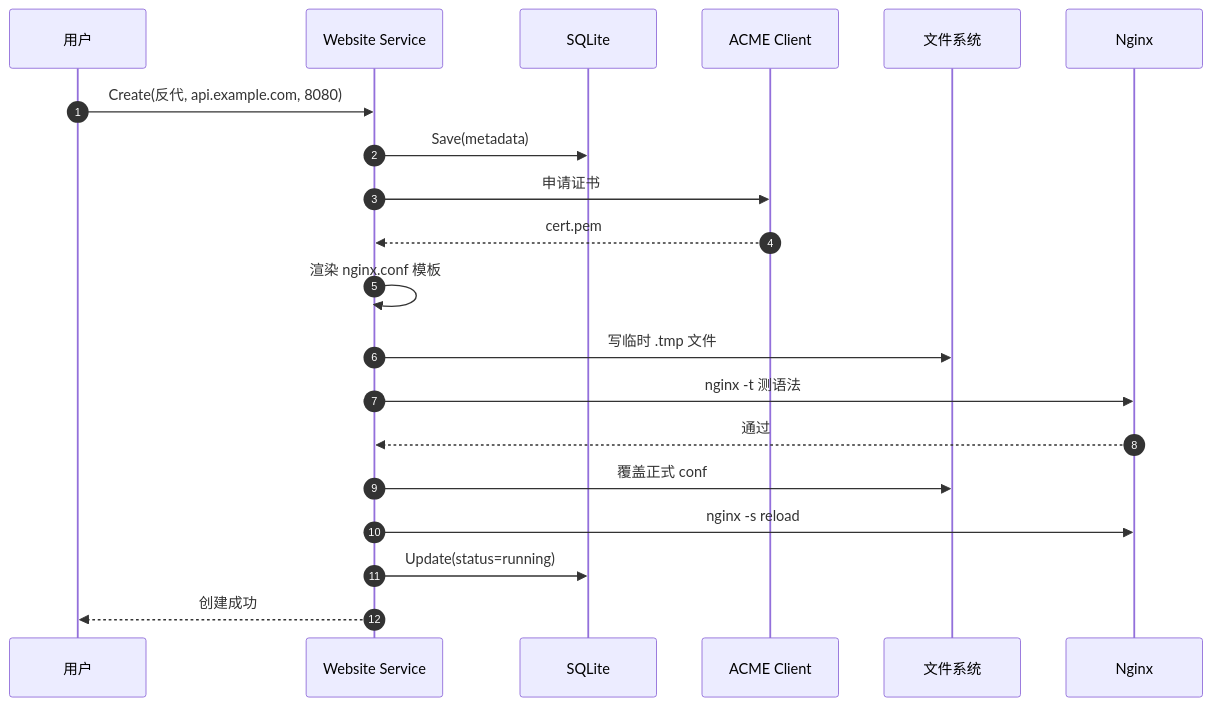
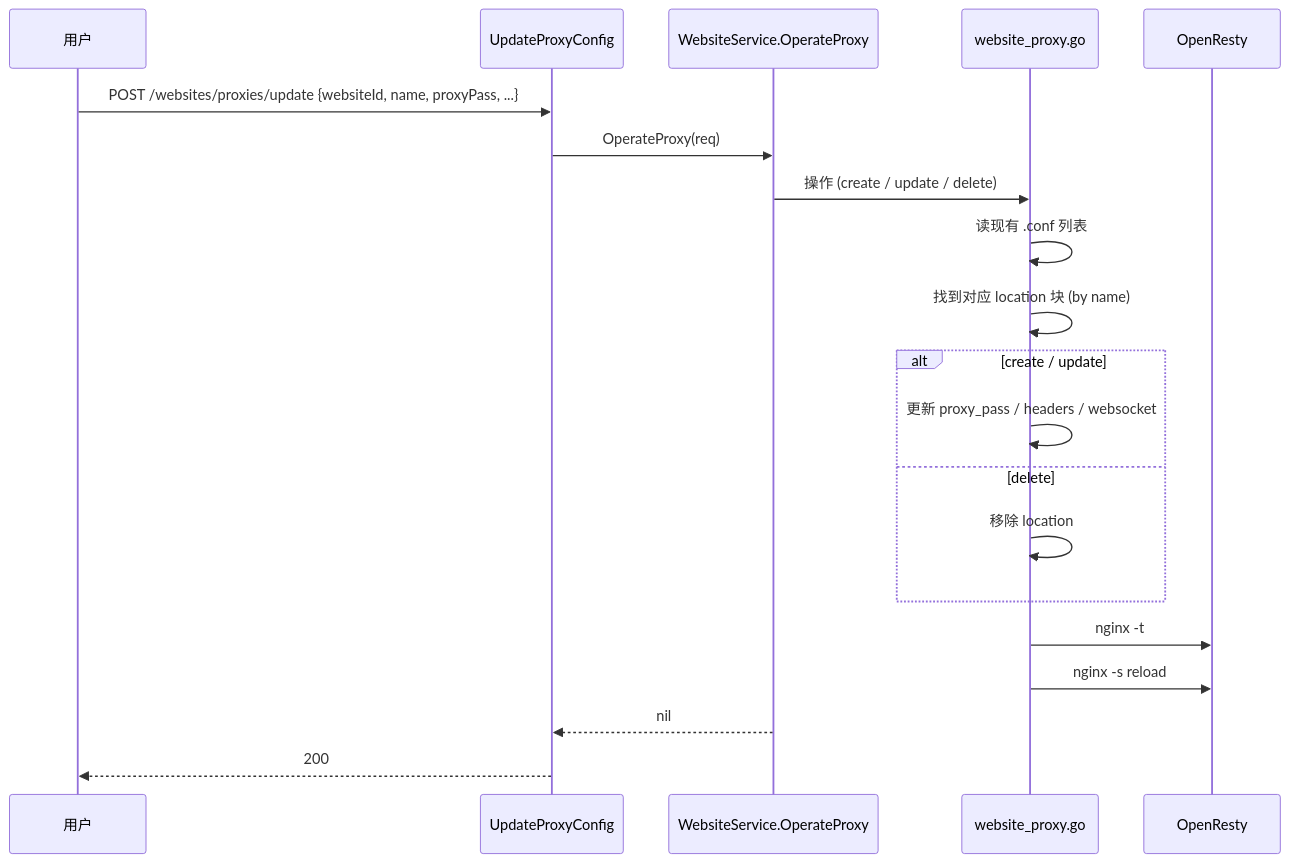
The third of 5 diagrams in modules/03-website/HUMAN-READABLE.md (OpenUniversus/1Panel.edu), drawn with Mermaid before and after one commit. The commit also changed other lines of this file and 1 other file, not shown here.

Commit message:
feat-03-website: v3 (single-sub-agent, 12 self-verify PASS)

````diff
--- a/modules/03-website/HUMAN-READABLE.md
+++ b/modules/03-website/HUMAN-READABLE.md
@@ -191,22 +796,23 @@
 ```mermaid
 sequenceDiagram
-    autonumber
     participant U as 用户
-    participant W as Website Service
-    participant DB as SQLite
-    participant AC as ACME Client
-    participant FS as 文件系统
-    participant N as Nginx
-    U->>W: Create(反代, api.example.com, 8080)
-    W->>DB: Save(metadata)
-    W->>AC: 申请证书
-    AC-->>W: cert.pem
-    W->>W: 渲染 nginx.conf 模板
-    W->>FS: 写临时 .tmp 文件
-    W->>N: nginx -t 测语法
-    N-->>W: 通过
-    W->>FS: 覆盖正式 conf
-    W->>N: nginx -s reload
-    W->>DB: Update(status=running)
-    W-->>U: 创建成功
+    participant H as UpdateProxyConfig
+    participant Sv as WebsiteService.OperateProxy
+    participant P as website_proxy.go
+    participant N as OpenResty
+
+    U->>H: POST /websites/proxies/update {websiteId, name, proxyPass, ...}
+    H->>Sv: OperateProxy(req)
+    Sv->>P: 操作 (create / update / delete)
+    P->>P: 读现有 .conf 列表
+    P->>P: 找到对应 location 块 (by name)
+    alt create / update
+        P->>P: 更新 proxy_pass / headers / websocket
+    else delete
+        P->>P: 移除 location
+    end
+    P->>N: nginx -t
+    P->>N: nginx -s reload
+    Sv-->>H: nil
+    H-->>U: 200
 ```
````
